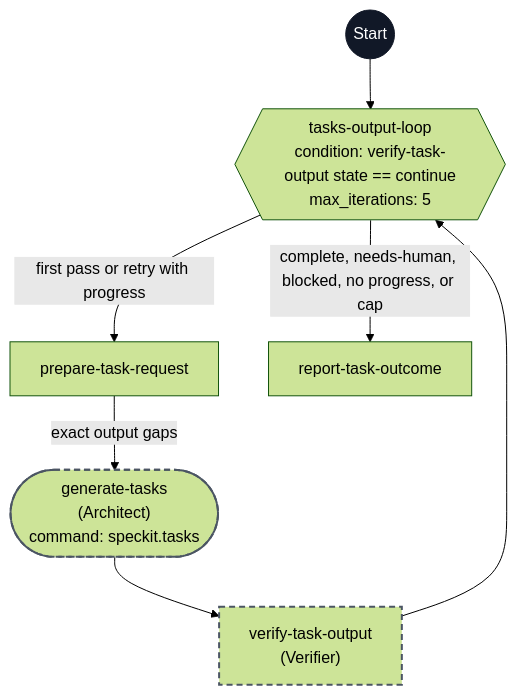
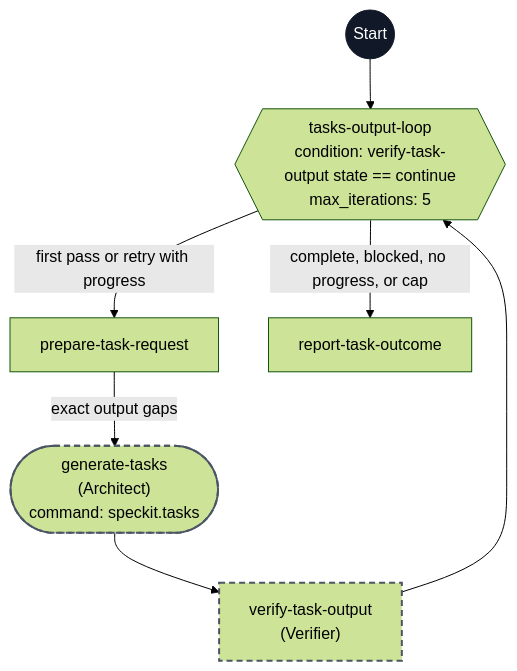
One commit to pegagio/spec-kit-flow changed the diagram in workflows/speckit-flow-tasks/flowchart.md. Above: the diagram before and after it, drawn with Mermaid (forest theme). The commit also changed 24 other files, not shown here.

````diff
--- a/workflows/speckit-flow-tasks/flowchart.md
+++ b/workflows/speckit-flow-tasks/flowchart.md
@@ -7,19 +7,19 @@
 ```mermaid
 flowchart TD
     start((Start))
     loop{{"tasks-output-loop<br/>condition: verify-task-output state == continue<br/>max_iterations: 5"}}
     prepare["prepare-task-request"]
     generate(["generate-tasks<br/>(Architect)<br/>command: speckit.tasks"])
     verify["verify-task-output<br/>(Verifier)"]
     report["report-task-outcome"]
 
     start --> loop
     loop -- first pass or retry with progress --> prepare
     prepare -- exact output gaps --> generate
     generate --> verify --> loop
-    loop -- complete, needs-human, blocked, no progress, or cap --> report
+    loop -- complete, blocked, no progress, or cap --> report
 
     classDef delegated stroke:#4b5563,stroke-width:2px,stroke-dasharray:6 4
     class generate,verify delegated
     style start fill:#111827,stroke:#111827,color:#ffffff
 ```
````
